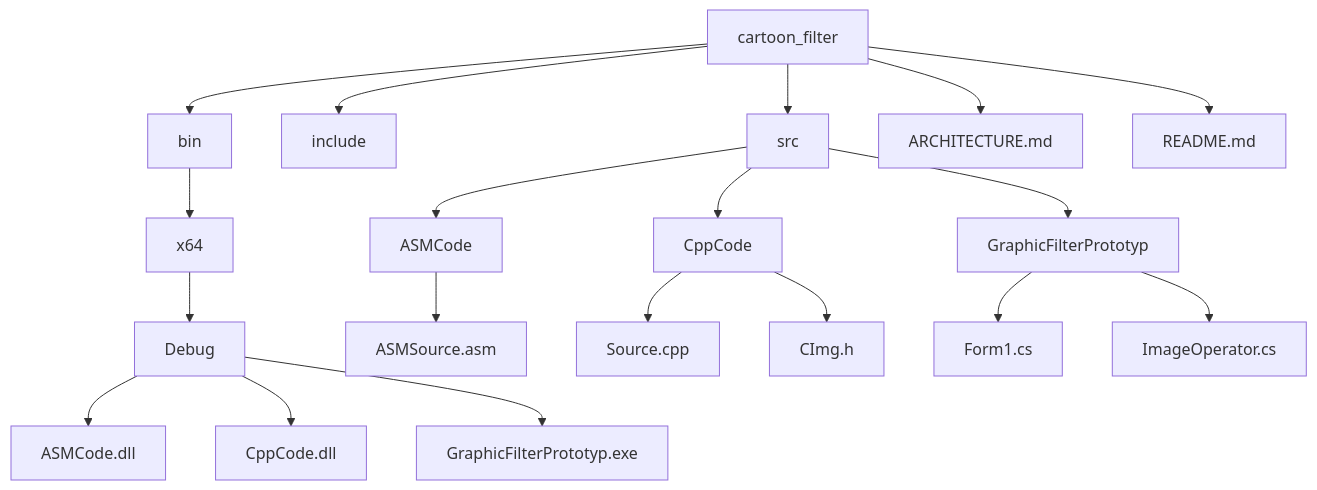
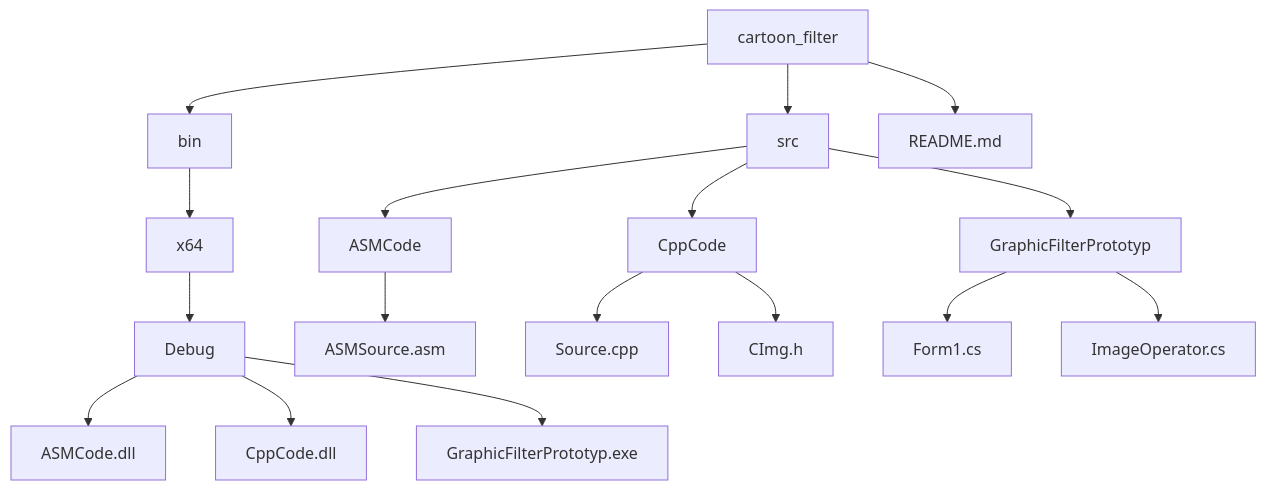
The second of 2 diagrams in README.md (stokuj/cartoon_filter), drawn with Mermaid before and after one commit. The commit also changed other lines of this file, not shown here.

Commit message:
Update README.md: simplify project structure diagrams and clarify output paths

````diff
--- a/README.md
+++ b/README.md
@@ -162,21 +160,19 @@
 ```mermaid
 graph TD
     A[cartoon_filter] --> B[src]
-    A --> C[include]
-    A --> D[bin]
-    A --> E[ARCHITECTURE.md]
-    A --> F[README.md]
+    A --> C[bin]
+    A --> D[README.md]
     B --> B1[ASMCode]
     B --> B2[CppCode]
     B --> B3[GraphicFilterPrototyp]
-    D --> D1[x64]
-    D1 --> D2[Debug]
-    D2 --> D3[ASMCode.dll]
-    D2 --> D4[CppCode.dll]
-    D2 --> D5[GraphicFilterPrototyp.exe]
+    C --> C1[x64]
+    C1 --> C2[Debug]
+    C2 --> C3[ASMCode.dll]
+    C2 --> C4[CppCode.dll]
+    C2 --> C5[GraphicFilterPrototyp.exe]
     B1 --> B1a[ASMSource.asm]
     B2 --> B2a[Source.cpp]
     B2 --> B2b[CImg.h]
     B3 --> B3a[Form1.cs]
     B3 --> B3b[ImageOperator.cs]
 ```
````
